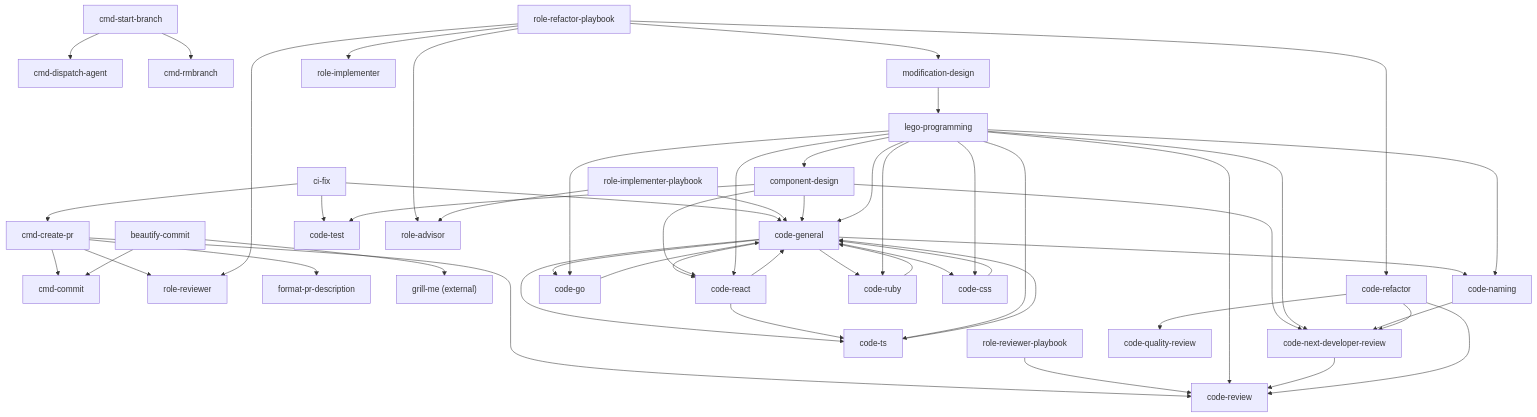
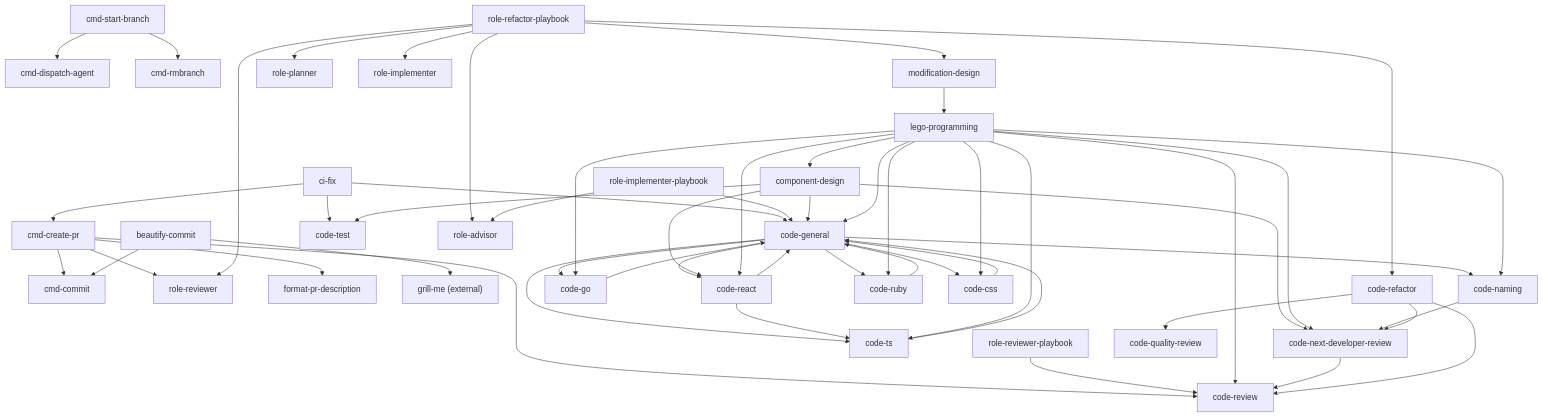
One commit to version-1/agents-docs changed the diagram in docs/skill-dependency-map.md. Above: the diagram before and after it, drawn with Mermaid. The commit also changed other lines of this file and 3 other files, not shown here.

````diff
--- a/docs/skill-dependency-map.md
+++ b/docs/skill-dependency-map.md
@@ -172,65 +174,66 @@
 ```mermaid
 graph TD
     cmd_create_pr["cmd-create-pr"] --> cmd_commit["cmd-commit"]
     cmd_create_pr --> role_reviewer["role-reviewer"]
     cmd_create_pr --> code_review["code-review"]
     cmd_create_pr --> format_pr_description["format-pr-description"]
 
     cmd_start_branch["cmd-start-branch"] --> cmd_dispatch_agent["cmd-dispatch-agent"]
     cmd_start_branch --> cmd_rmbranch["cmd-rmbranch"]
 
     beautify_commit["beautify-commit"] --> cmd_commit
     beautify_commit --> grill_me["grill-me (external)"]
 
     ci_fix["ci-fix"] --> code_general
     ci_fix --> code_test["code-test"]
     ci_fix --> cmd_create_pr
 
     role_reviewer_playbook["role-reviewer-playbook"] --> code_review
     role_refactor_playbook["role-refactor-playbook"] --> code_refactor["code-refactor"]
     role_refactor_playbook["role-refactor-playbook"] --> modification_design["modification-design"]
+    role_refactor_playbook --> role_planner["role-planner"]
     role_refactor_playbook --> role_implementer["role-implementer"]
     role_refactor_playbook --> role_reviewer
     role_refactor_playbook --> role_advisor["role-advisor"]
     role_implementer_playbook["role-implementer-playbook"] --> code_general["code-general"]
     role_implementer_playbook --> role_advisor
 
     code_general --> code_naming["code-naming"]
     code_general --> code_go["code-go"]
     code_general --> code_ts["code-ts"]
     code_general --> code_react["code-react"]
     code_general --> code_ruby["code-ruby"]
     code_general --> code_css["code-css"]
     code_go --> code_general
     code_ts --> code_general
     code_react --> code_general
     code_react --> code_ts
     code_ruby --> code_general
     code_css --> code_general
 
     component_design["component-design"] --> code_general
     component_design --> code_react
     component_design --> code_test
     component_design --> code_next_dev["code-next-developer-review"]
 
     lego_programming["lego-programming"] --> code_general
     lego_programming --> code_go
     lego_programming --> code_ts
     lego_programming --> code_react
     lego_programming --> code_ruby
     lego_programming --> code_css
     lego_programming --> component_design
     lego_programming --> code_naming
     lego_programming --> code_review
     lego_programming --> code_next_dev
 
     modification_design["modification-design"] --> lego_programming
 
     code_naming --> code_next_dev
 
     code_next_dev --> code_review
 
     code_refactor["code-refactor"] --> code_quality["code-quality-review"]
     code_refactor --> code_review
     code_refactor --> code_next_dev
 ```
````
